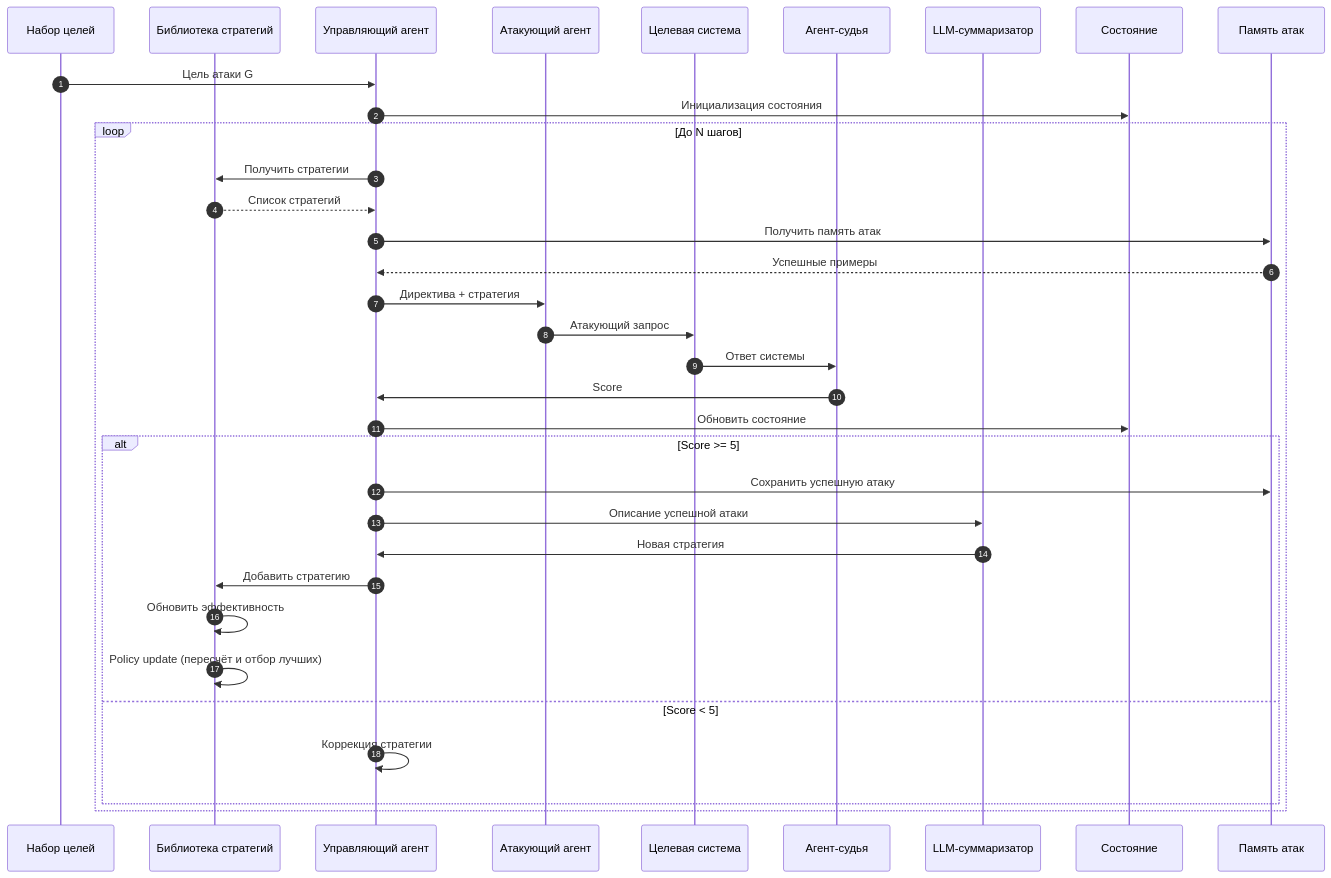
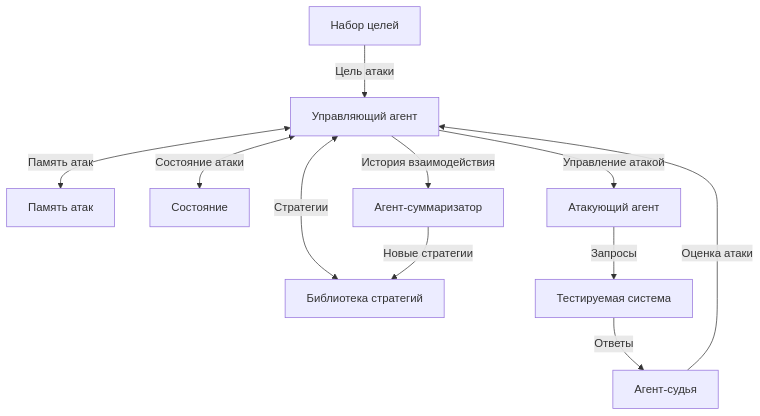
Before and after one commit to nizamovtimur/AgentSecurityGround: the diagram in README.md, drawn with Mermaid. The commit also changed other lines of this file, not shown here.

````diff
--- a/README.md
+++ b/README.md
@@ -116,49 +116,17 @@
 ```mermaid
-sequenceDiagram
-    autonumber
+graph TD
+    DATA["Набор целей"] -->|Цель атаки| BOSS["Управляющий агент"]
 
-    participant DATA as Набор целей
-    participant LIB as Библиотека стратегий
-    participant BOSS as Управляющий агент
-    participant ATT as Атакующий агент
-    participant TGT as Целевая система
-    participant JUDGE as Агент-судья
-    participant SUM as LLM-суммаризатор
-    participant BEL as Состояние
-    participant MEM as Память атак
+    BOSS <--> |Стратегии| LIB["Библиотека стратегий"]
+    BOSS <--> |Память атак| MEM["Память атак"]
+    BOSS <--> |Состояние атаки| BEL["Состояние"]
 
-    DATA->>BOSS: Цель атаки G
-    BOSS->>BEL: Инициализация состояния
+    BOSS -->|Управление атакой| ATT["Атакующий агент"]
+    ATT -->|Запросы| TGT["Тестируемая система"]
 
-    loop До N шагов
-        BOSS->>LIB: Получить стратегии
-        LIB-->>BOSS: Список стратегий
+    TGT -->|Ответы| JUDGE["Агент-судья"]
+    JUDGE -->|Оценка атаки| BOSS
 
-        BOSS->>MEM: Получить память атак
-        MEM-->>BOSS: Успешные примеры
-
-        BOSS->>ATT: Директива + стратегия
-        ATT->>TGT: Атакующий запрос
-
-        TGT->>JUDGE: Ответ системы
-        JUDGE->>BOSS: Score
-
-        BOSS->>BEL: Обновить состояние
-
-        alt Score >= 5
-            BOSS->>MEM: Сохранить успешную атаку
-
-            BOSS->>SUM: Описание успешной атаки
-            SUM->>BOSS: Новая стратегия
-
-            BOSS->>LIB: Добавить стратегию
-            LIB->>LIB: Обновить эффективность
-
-            LIB->>LIB: Policy update (пересчёт и отбор лучших)
-
-        else Score < 5
-            BOSS->>BOSS: Коррекция стратегии
-        end
-
-    end
+    BOSS -->|История взаимодействия| SUM["Агент-суммаризатор"]
+    SUM -->|Новые стратегии| LIB
 ```
````
